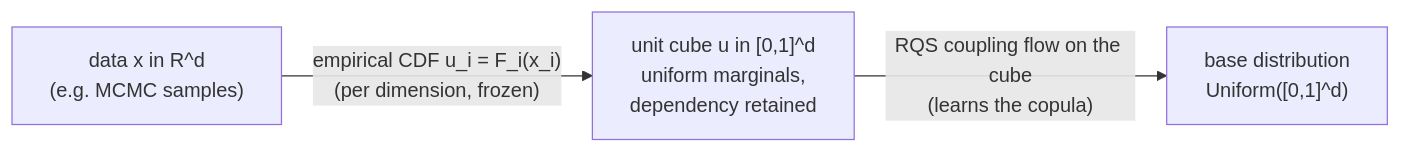
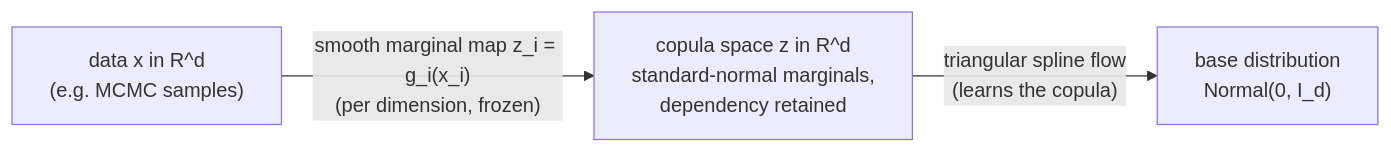
The diagram in README.md (AaronDJohnson/coppuccino), drawn with Mermaid before and after one commit. The commit also changed other lines of this file and 28 other files, not shown here.

````diff
--- a/README.md
+++ b/README.md
@@ -60,8 +53,8 @@
 ```mermaid
 flowchart LR
   X["data x in R^d<br/>(e.g. MCMC samples)"]
-  U["unit cube u in [0,1]^d<br/>uniform marginals,<br/>dependency retained"]
-  E["base distribution<br/>Uniform([0,1]^d)"]
-  X -->|"empirical CDF u_i = F_i(x_i)<br/>(per dimension, frozen)"| U
-  U -->|"RQS coupling flow on the cube<br/>(learns the copula)"| E
+  Z["copula space z in R^d<br/>standard-normal marginals,<br/>dependency retained"]
+  E["base distribution<br/>Normal(0, I_d)"]
+  X -->|"smooth marginal map z_i = g_i(x_i)<br/>(per dimension, frozen)"| Z
+  Z -->|"triangular spline flow<br/>(learns the copula)"| E
 ```
````
